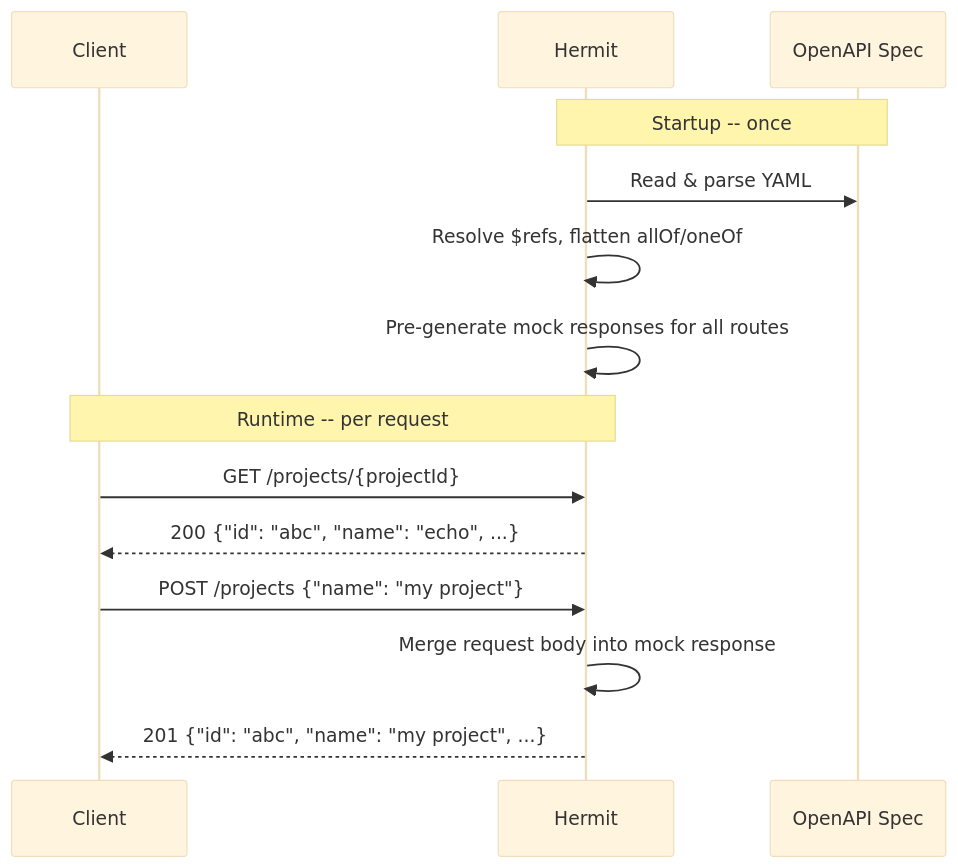
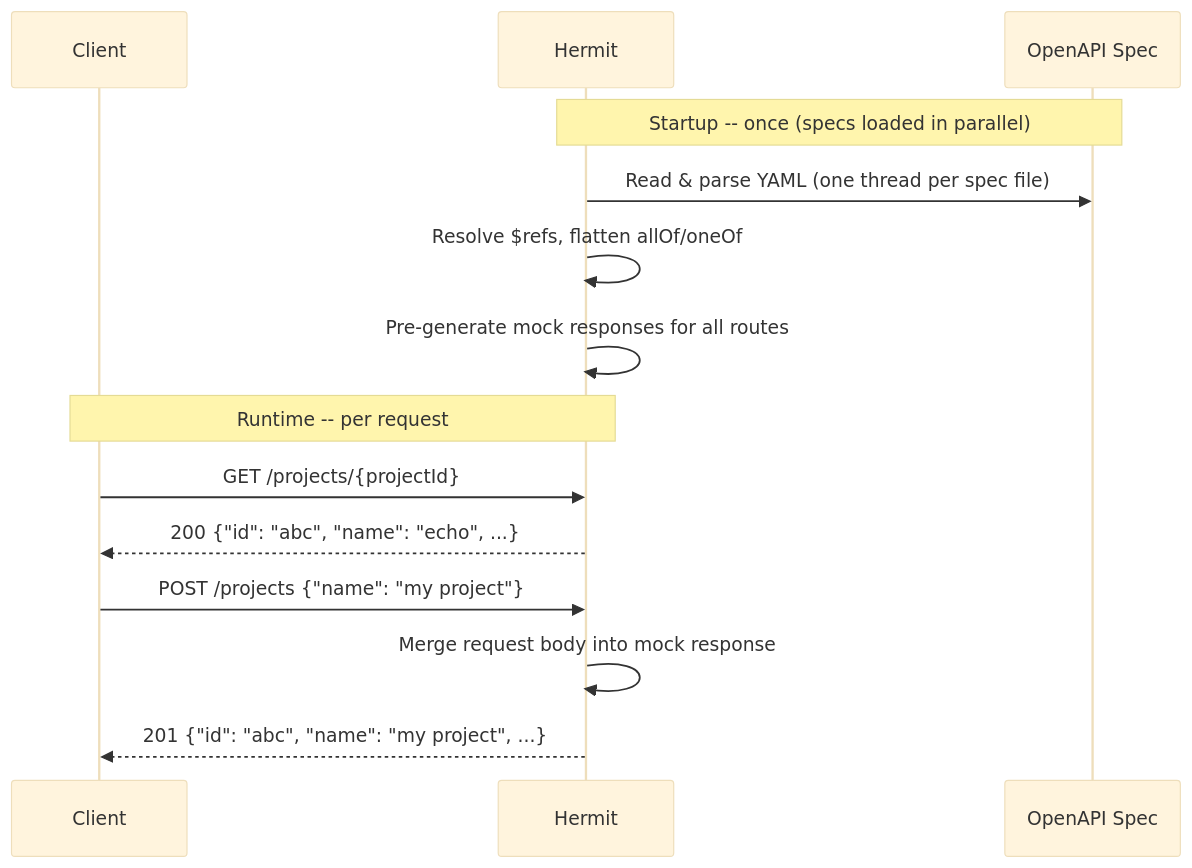
Before and after one commit to beavuck/hermit: the diagram in README.md, drawn with Mermaid (base theme). The commit also changed other lines of this file and 29 other files, not shown here.

````diff
--- a/README.md
+++ b/README.md
@@ -36,16 +36,16 @@
 ```mermaid
 sequenceDiagram
     participant Client
     participant Hermit
     participant Spec as OpenAPI Spec
-    Note over Hermit, Spec: Startup -- once
-    Hermit ->> Spec: Read & parse YAML
+    Note over Hermit, Spec: Startup -- once (specs loaded in parallel)
+    Hermit ->> Spec: Read & parse YAML (one thread per spec file)
     Hermit ->> Hermit: Resolve $refs, flatten allOf/oneOf
     Hermit ->> Hermit: Pre-generate mock responses for all routes
     Note over Client, Hermit: Runtime -- per request
     Client ->> Hermit: GET /projects/{projectId}
     Hermit -->> Client: 200 {"id": "abc", "name": "echo", ...}
     Client ->> Hermit: POST /projects {"name": "my project"}
     Hermit ->> Hermit: Merge request body into mock response
     Hermit -->> Client: 201 {"id": "abc", "name": "my project", ...}
 ```
````
